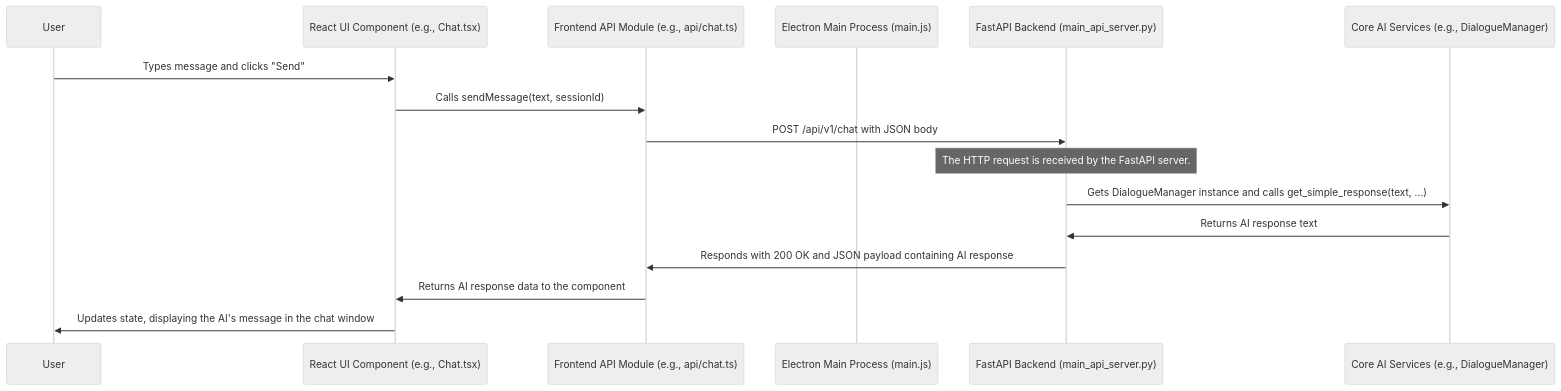
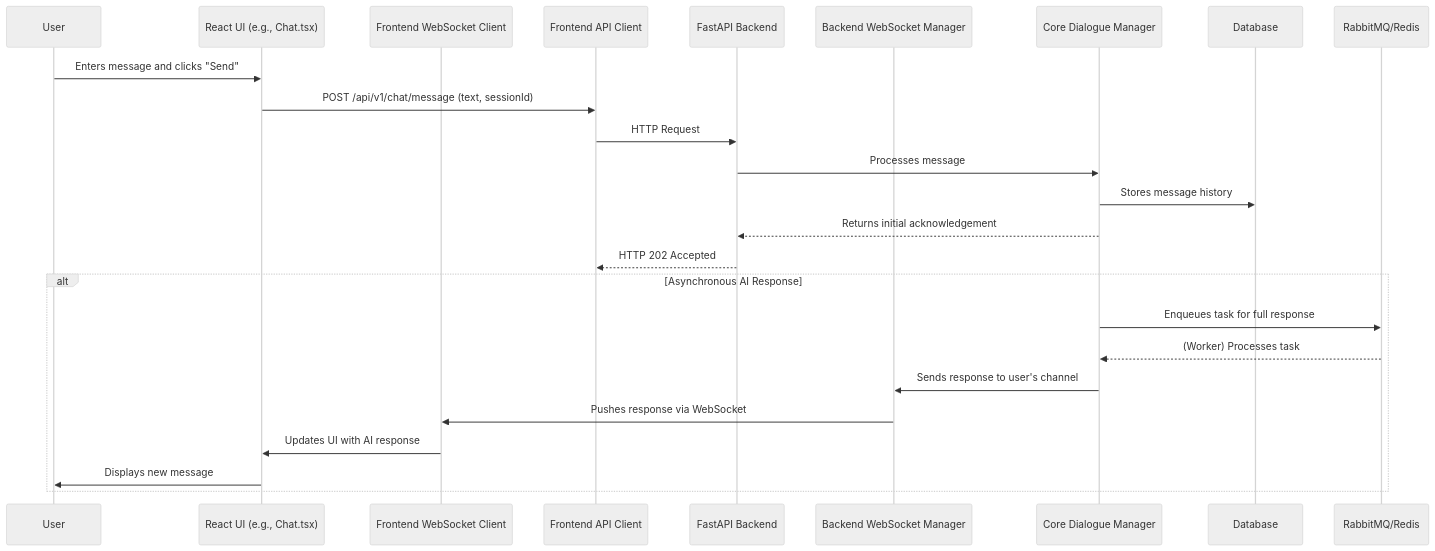
The diagram in docs/technical_design/architecture/frontend_backend_flow.md (catcatAI/Unified-AI-Project), drawn with Mermaid (neutral theme) before and after one commit.

Commit message:
docs: Update frontend-backend connection flow diagram
This change updates the Mermaid sequence diagram in `frontend_backend_flow.md` to provide a more detailed and accurate representation of the data flow between the frontend and backend.

The updated diagram now includes:
- A WebSocket connection for real-time updates.
- Additional participants such as the database and a message queue.
- More detailed annotations to explain each step of the process.

````diff
--- a/docs/technical_design/architecture/frontend_backend_flow.md
+++ b/docs/technical_design/architecture/frontend_backend_flow.md
@@ -5,19 +5,29 @@
 ```mermaid
 sequenceDiagram
     participant User
-    participant ReactUI as React UI Component (e.g., Chat.tsx)
-    participant APIModule as Frontend API Module (e.g., api/chat.ts)
-    participant ElectronMain as Electron Main Process (main.js)
-    participant FastAPI as FastAPI Backend (main_api_server.py)
-    participant CoreServices as Core AI Services (e.g., DialogueManager)
+    participant ReactUI as React UI (e.g., Chat.tsx)
+    participant WebSocketClient as Frontend WebSocket Client
+    participant APIClient as Frontend API Client
+    participant FastAPIBackend as FastAPI Backend
+    participant WebSocketManager as Backend WebSocket Manager
+    participant DialogueManager as Core Dialogue Manager
+    participant Database
+    participant MessageQueue as RabbitMQ/Redis
 
-    User->>ReactUI: Types message and clicks "Send"
-    ReactUI->>APIModule: Calls sendMessage(text, sessionId)
-    APIModule->>FastAPI: POST /api/v1/chat with JSON body
-    Note over FastAPI: The HTTP request is received by the FastAPI server.
-    FastAPI->>CoreServices: Gets DialogueManager instance and calls get_simple_response(text, ...)
-    CoreServices->>FastAPI: Returns AI response text
-    FastAPI->>APIModule: Responds with 200 OK and JSON payload containing AI response
-    APIModule->>ReactUI: Returns AI response data to the component
-    ReactUI->>User: Updates state, displaying the AI's message in the chat window
+    User->>ReactUI: Enters message and clicks "Send"
+    ReactUI->>APIClient: POST /api/v1/chat/message (text, sessionId)
+    APIClient->>FastAPIBackend: HTTP Request
+    FastAPIBackend->>DialogueManager: Processes message
+    DialogueManager->>Database: Stores message history
+    DialogueManager-->>FastAPIBackend: Returns initial acknowledgement
+    FastAPIBackend-->>APIClient: HTTP 202 Accepted
+
+    alt Asynchronous AI Response
+        DialogueManager->>MessageQueue: Enqueues task for full response
+        MessageQueue-->>DialogueManager: (Worker) Processes task
+        DialogueManager->>WebSocketManager: Sends response to user's channel
+        WebSocketManager->>WebSocketClient: Pushes response via WebSocket
+        WebSocketClient->>ReactUI: Updates UI with AI response
+        ReactUI->>User: Displays new message
+    end
 ```
````
